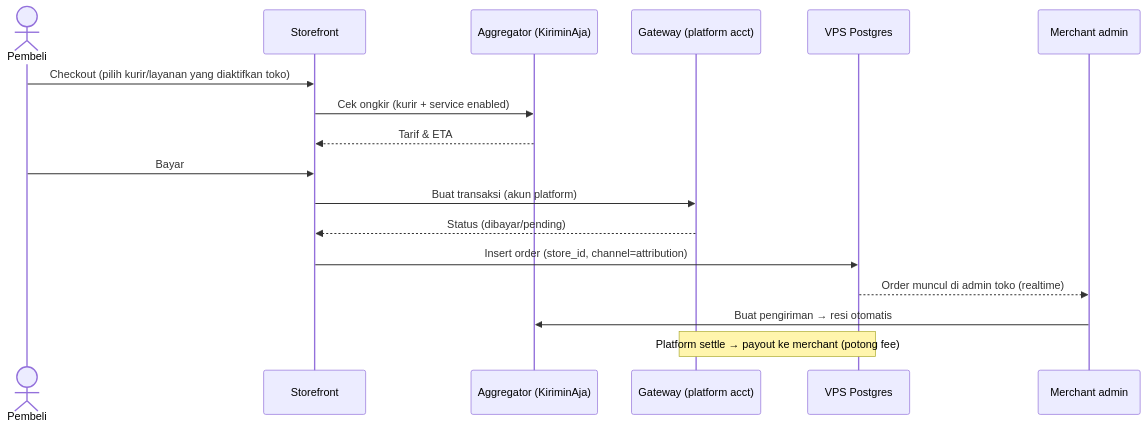
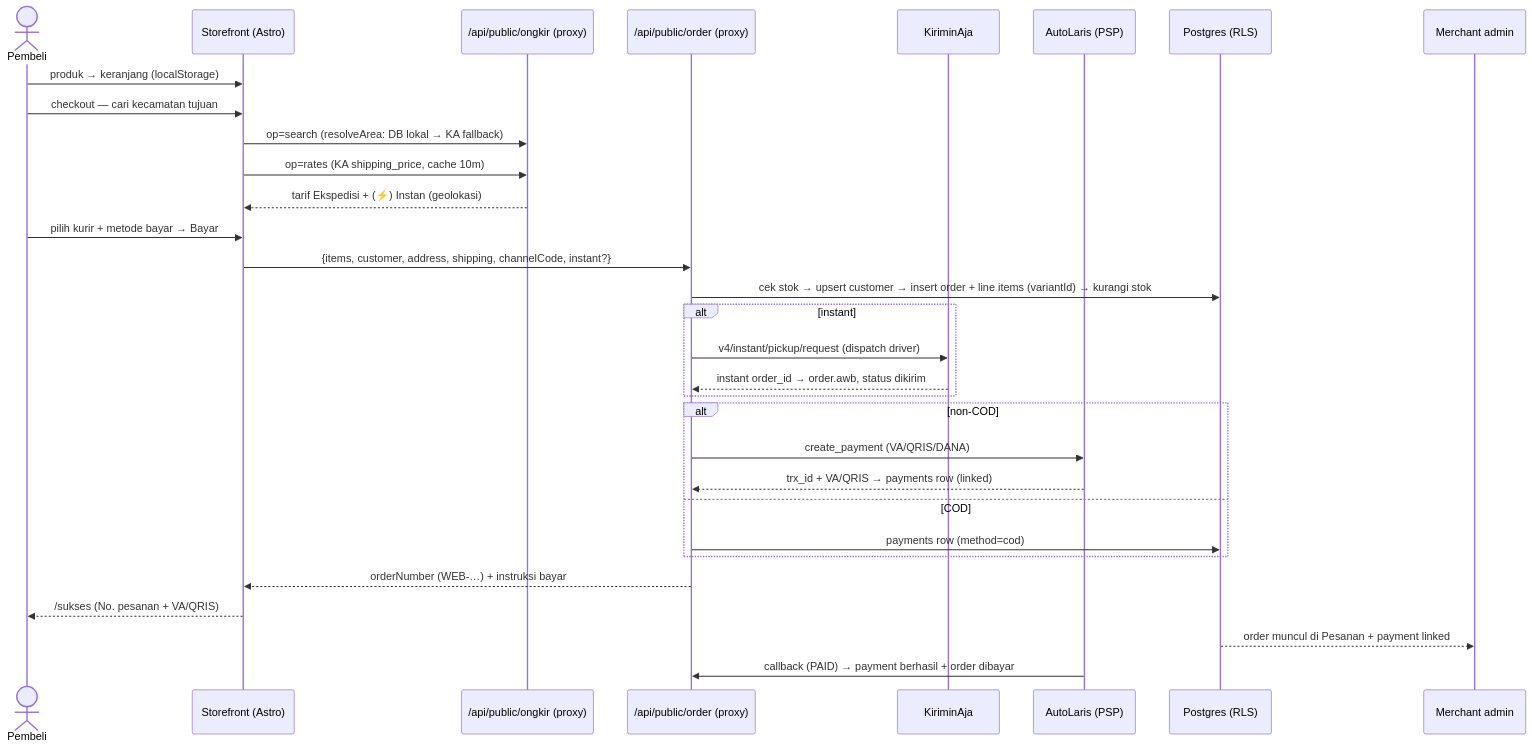
One commit to ongkipro/tokophi changed the fourth of 11 diagrams in specs/docs/UML.md. Above: the diagram before and after it, drawn with Mermaid. The commit also changed other lines of this file and 2 other files, not shown here.

First line of the commit message:
docs: refresh UML + SYSTEM_GUIDE to current state (commerce loop, express+instant shipping, CF-native scaling) + CHANGELOG

````diff
--- a/specs/docs/UML.md
+++ b/specs/docs/UML.md
@@ -263,20 +239,34 @@
 ```mermaid
 sequenceDiagram
   actor Pembeli
-  participant SF as Storefront
-  participant AGG as Aggregator (KiriminAja)
-  participant PG as Gateway (platform acct)
-  participant DB as VPS Postgres
+  participant SF as Storefront (Astro)
+  participant OG as /api/public/ongkir (proxy)
+  participant OR as /api/public/order (proxy)
+  participant KA as KiriminAja
+  participant AL as AutoLaris (PSP)
+  participant DB as Postgres (RLS)
   participant AD as Merchant admin
 
-  Pembeli->>SF: Checkout (pilih kurir/layanan yang diaktifkan toko)
-  SF->>AGG: Cek ongkir (kurir + service enabled)
-  AGG-->>SF: Tarif & ETA
-  Pembeli->>SF: Bayar
-  SF->>PG: Buat transaksi (akun platform)
-  PG-->>SF: Status (dibayar/pending)
-  SF->>DB: Insert order (store_id, channel=attribution)
-  DB-->>AD: Order muncul di admin toko (realtime)
-  AD->>AGG: Buat pengiriman → resi otomatis
-  Note over PG,DB: Platform settle → payout ke merchant (potong fee)
+  Pembeli->>SF: produk → keranjang (localStorage)
+  Pembeli->>SF: checkout — cari kecamatan tujuan
+  SF->>OG: op=search (resolveArea: DB lokal → KA fallback)
+  SF->>OG: op=rates (KA shipping_price, cache 10m)
+  OG-->>SF: tarif Ekspedisi + (⚡) Instan (geolokasi)
+  Pembeli->>SF: pilih kurir + metode bayar → Bayar
+  SF->>OR: {items, customer, address, shipping, channelCode, instant?}
+  OR->>DB: cek stok → upsert customer → insert order + line items (variantId) → kurangi stok
+  alt instant
+    OR->>KA: v4/instant/pickup/request (dispatch driver)
+    KA-->>OR: instant order_id → order.awb, status dikirim
+  end
+  alt non-COD
+    OR->>AL: create_payment (VA/QRIS/DANA)
+    AL-->>OR: trx_id + VA/QRIS → payments row (linked)
+  else COD
+    OR->>DB: payments row (method=cod)
+  end
+  OR-->>SF: orderNumber (WEB-…) + instruksi bayar
+  SF-->>Pembeli: /sukses (No. pesanan + VA/QRIS)
+  DB-->>AD: order muncul di Pesanan + payment linked
+  AL->>OR: callback (PAID) → payment berhasil + order dibayar
 ```
````
